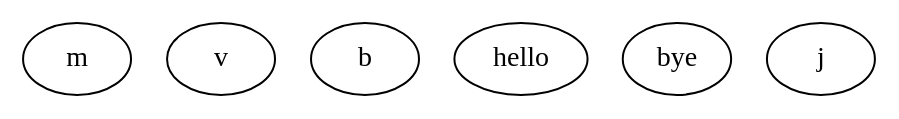
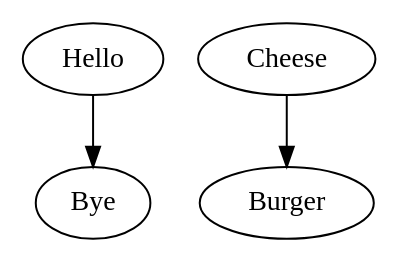
Before and after one commit to JulianGomez1604/CSE_464_2024_jjgomezm: the diagram in my-app/src/outputs/updatedGraph.dot, drawn with Graphviz. The commit also changed 2 other files, not shown here.

```diff
--- a/my-app/src/outputs/updatedGraph.dot
+++ b/my-app/src/outputs/updatedGraph.dot
@@ -1,8 +1,8 @@
 digraph G {
-  m;
-  v;
-  b;
-  hello;
-  bye;
-  j;
+  Hello;
+  Bye;
+  Cheese;
+  Burger;
+  Hello -> Bye;
+  Cheese -> Burger;
 }
```
